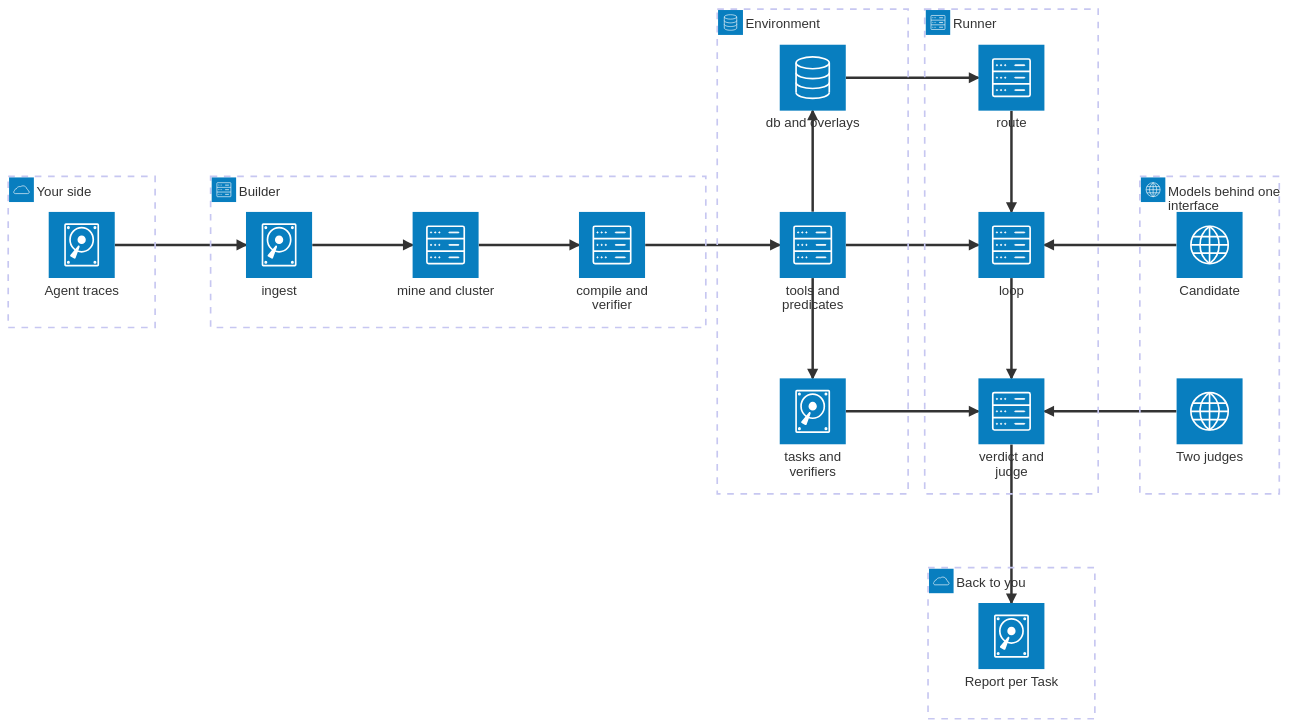
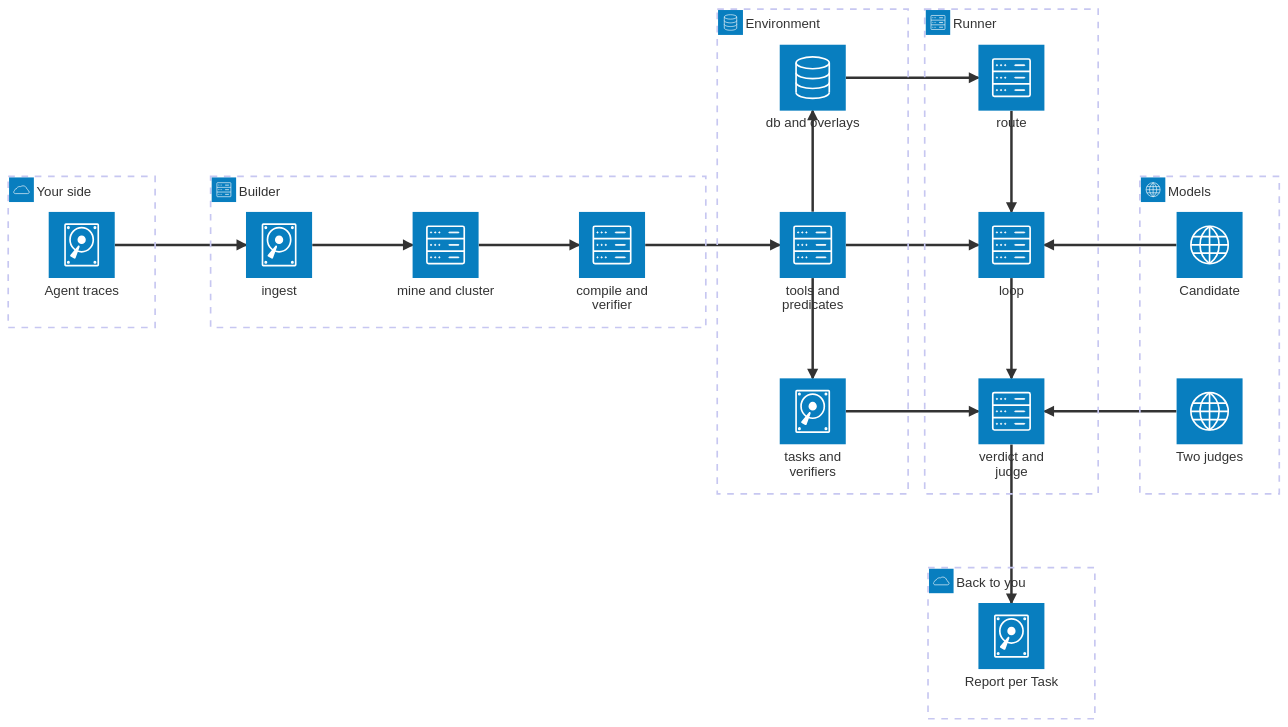
One commit to leiblerdev/kullback changed the second of 4 diagrams in README.md. Above: the diagram before and after it, drawn with Mermaid. The commit also changed other lines of this file, not shown here.

First line of the commit message:
README: harness loop, simpler architecture, stage and runner diagrams

````diff
--- a/README.md
+++ b/README.md
@@ -21,42 +32,42 @@
 ```mermaid
 architecture-beta
     group you(cloud)[Your side]
     service traces(disk)[Agent traces] in you
 
     group builder(server)[Builder]
     service ingest(disk)[ingest] in builder
     service mine(server)[mine and cluster] in builder
     service build(server)[compile and verifier] in builder
 
     group env(database)[Environment]
     service world(database)[db and overlays] in env
     service tools(server)[tools and predicates] in env
     service verifiers(disk)[tasks and verifiers] in env
 
     group runner(server)[Runner]
     service loop(server)[loop] in runner
     service route(server)[route] in runner
     service verdict(server)[verdict and judge] in runner
 
-    group models(internet)[Models behind one interface]
+    group models(internet)[Models]
     service candidate(internet)[Candidate] in models
     service judges(internet)[Two judges] in models
 
     group out(cloud)[Back to you]
     service report(disk)[Report per Task] in out
 
     traces:R --> L:ingest
     ingest:R --> L:mine
     mine:R --> L:build
     build:R --> L:tools
     tools:T --> B:world
     tools:B --> T:verifiers
     world:R --> L:route
     tools:R --> L:loop
     verifiers:R --> L:verdict
     route:B --> T:loop
     loop:B --> T:verdict
     candidate:L --> R:loop
     judges:L --> R:verdict
     verdict:B --> T:report
 ```
````
